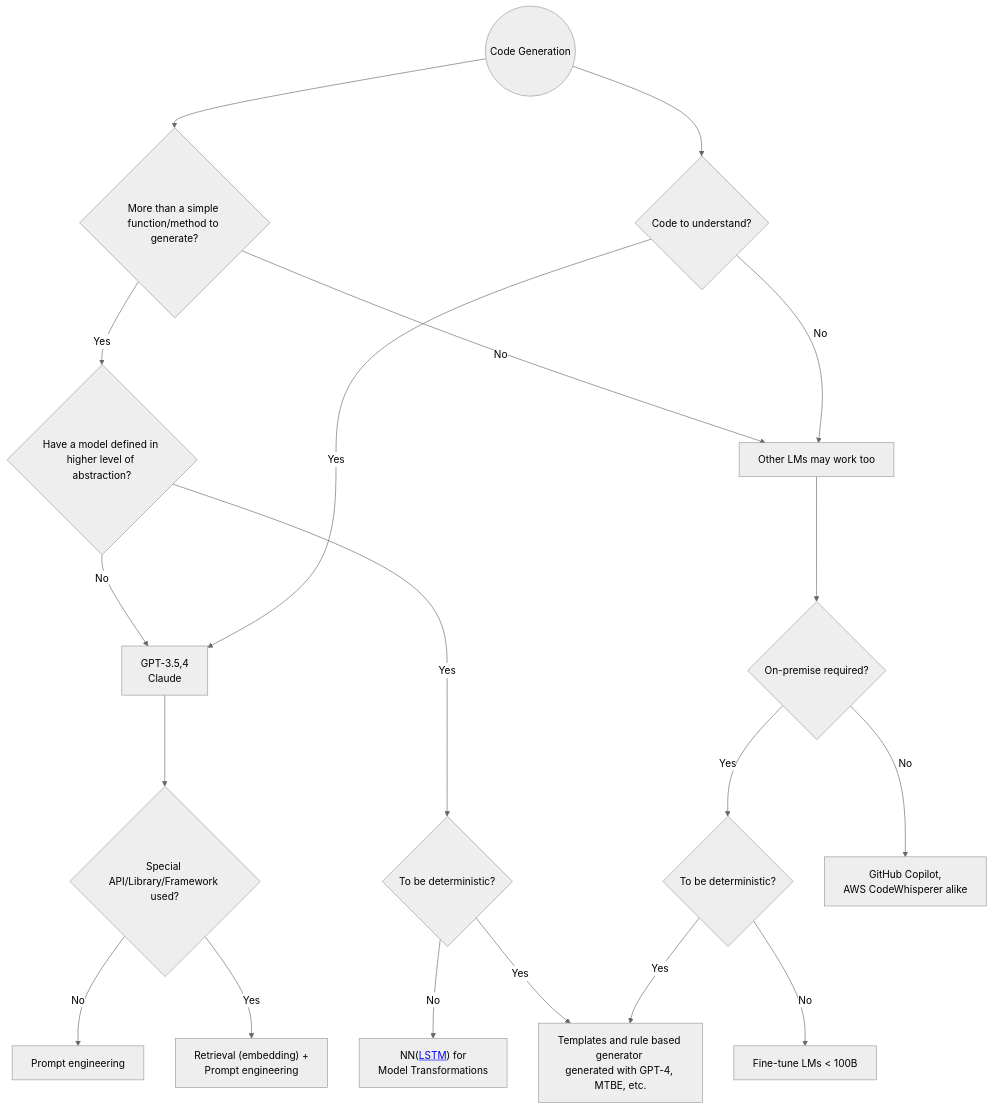
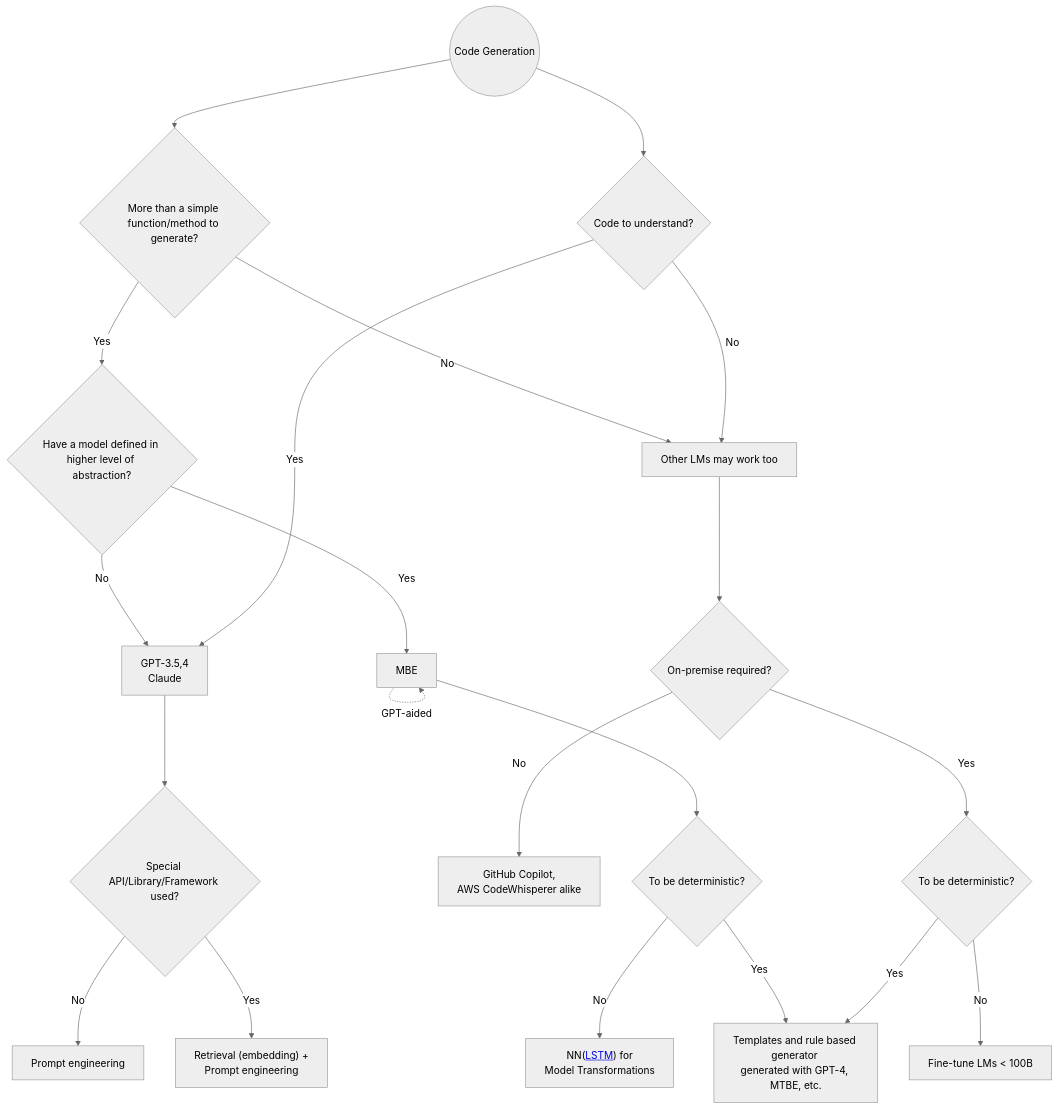
The diagram in Code-LLM-alternatives.md (AI-LLM/ai-llm.github.io), drawn with Mermaid (neutral theme) before and after one commit.

````diff
--- a/Code-LLM-alternatives.md
+++ b/Code-LLM-alternatives.md
@@ -612,21 +612,23 @@
 ```mermaid
 graph TD;
     S((Code Generation))-->Q1{"More than a simple \nfunction/method to generate?"};
     S-->Q2{Code to understand?};
     Q1 -- Yes --> Q1a{"Have a model defined in \nhigher level of abstraction?"}
     Q1a -- No --> P1["GPT-3.5,4\nClaude"];
-    Q1a -- Yes --> Q1b{To be deterministic?} 
+    Q1a -- Yes --> P100[MBE]
+    P100 -. GPT-aided .-> P100
+    P100 --> Q1b{To be deterministic?} 
     Q1b -- No --> P12["NN(<a target='_blank' href='https://modeling-languages.com/lstm-neural-network-model-transformations/'>LSTM</a>) for \nModel Transformations"]
     Q1b -- Yes --> P21
     Q1 -- No -->P2[Other LMs may work too];
     Q2 -- Yes -->P1
     Q2 -- No -->P2;
     P1 --> Q3{"Special \nAPI/Library/Framework used?"};
     Q3 -- No -->P10[Prompt engineering];
     Q3 -- Yes -->P11["Retrieval (embedding) + \nPrompt engineering"];
     P2 --> Q4{On-premise required?};
     Q4 -- Yes --> Q5{To be deterministic?};
     Q4 -- No --> P23["GitHub Copilot, \nAWS CodeWhisperer alike"]
     Q5 -- Yes --> P21["Templates and rule based generator \ngenerated with GPT-4, MTBE, etc."]
     Q5 -- No --> P22[Fine-tune LMs < 100B]
 ```
````
